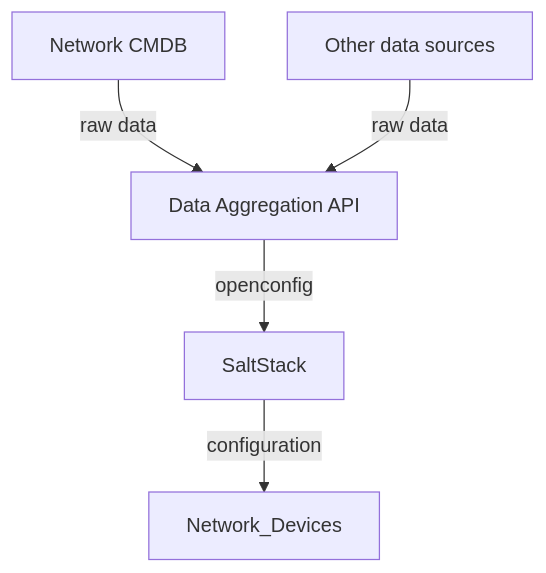
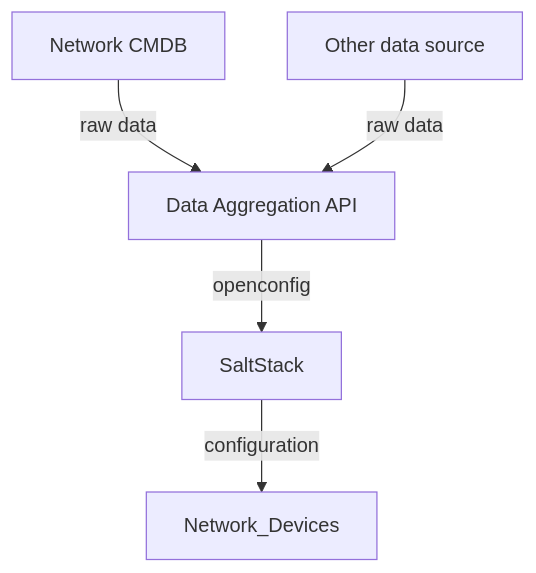
One commit to criteo/AFK changed the diagram in docs/docs/index.md. Above: the diagram before and after it, drawn with Mermaid. The commit also changed other lines of this file and 19 other files, not shown here.

````diff
--- a/docs/docs/index.md
+++ b/docs/docs/index.md
@@ -37,12 +37,12 @@
 ``` mermaid
 flowchart TD
     CMDB[Network CMDB]
     DAAPI[Data Aggregation API]
     DEV[Network_Devices]
-    DATASOURCES[Other data sources]
+    DATASOURCE[Other data source]
 
     CMDB -->|raw data| DAAPI
-    DATASOURCES -->|raw data| DAAPI
+    DATASOURCE -->|raw data| DAAPI
     DAAPI -->|openconfig| SaltStack
     SaltStack -->|configuration| DEV[Network_Devices]
 ```
````
